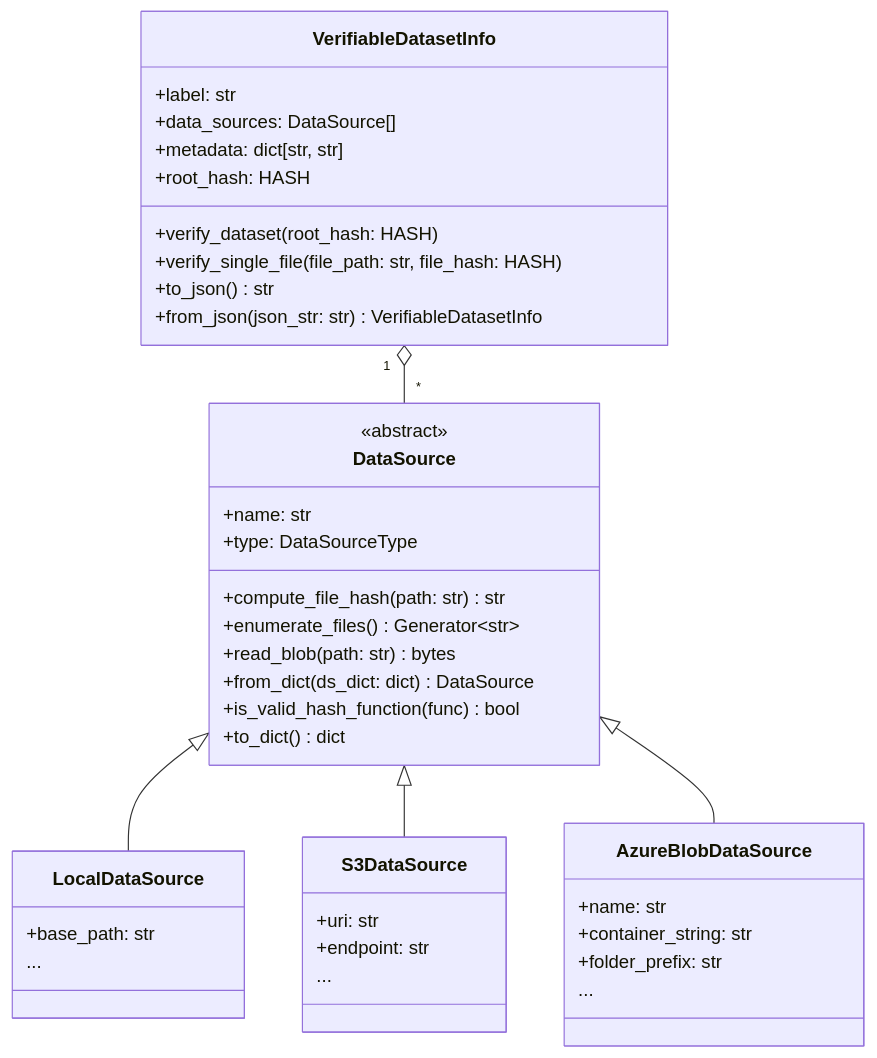
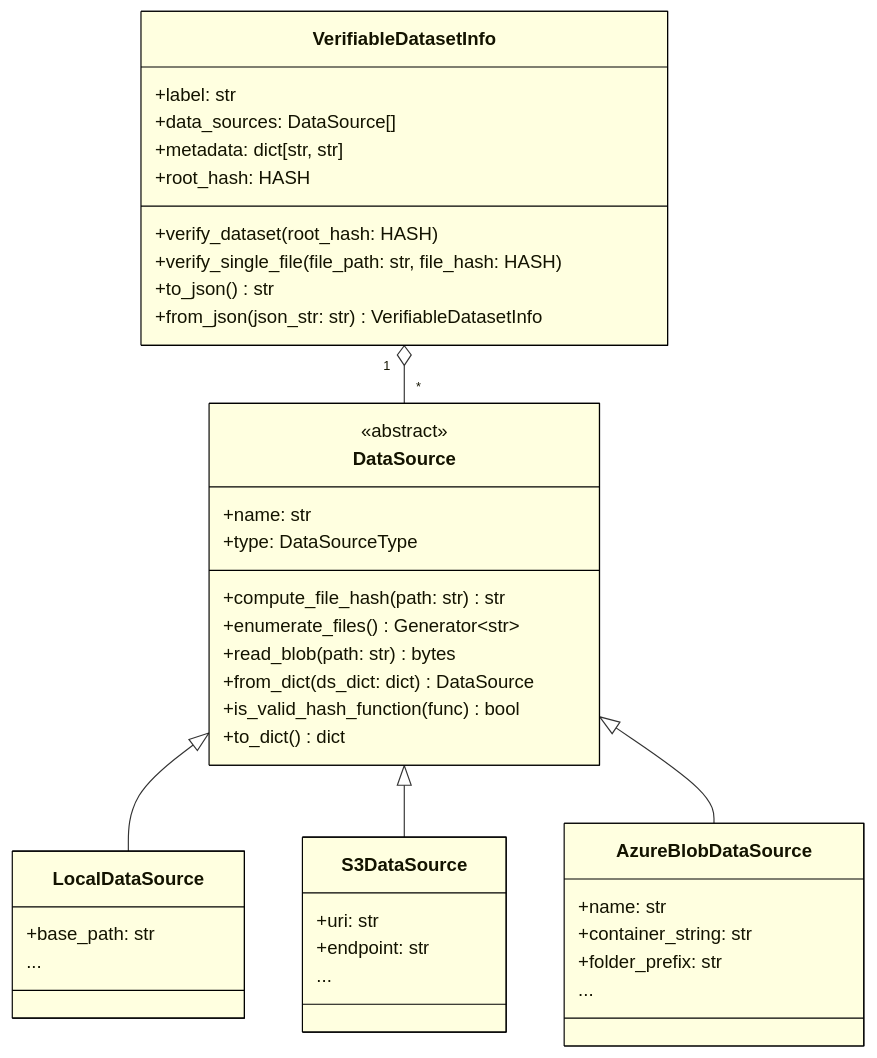
Before and after one commit to securefederatedai/openfl: the diagram in docs/mermaid/verifiable_dataset_info.mmd, drawn with Mermaid. The commit also changed 1 other file, not shown here.

Commit message:
Added styling to the class diagrams

```diff
--- a/docs/mermaid/verifiable_dataset_info.mmd
+++ b/docs/mermaid/verifiable_dataset_info.mmd
@@ -1,50 +1,56 @@
 %% Copyright 2025 Intel Corporation
 %% SPDX-License-Identifier: Apache-2.0
 
 classDiagram
     class VerifiableDatasetInfo {
         +label: str
         +data_sources: DataSource[] 
         +metadata: dict[str, str] 
         +root_hash: HASH 
 
         +verify_dataset(root_hash: HASH)
         +verify_single_file(file_path: str, file_hash: HASH)
         +to_json() str
         +from_json(json_str: str) VerifiableDatasetInfo
     }
 
     class DataSource {
         <<abstract>>
         +name: str 
         +type: DataSourceType 
         +compute_file_hash(path: str) str
         +enumerate_files() Generator~str~
         +read_blob(path: str) bytes
         +from_dict(ds_dict: dict) DataSource
         +is_valid_hash_function(func) bool
         +to_dict() dict
     }
 
     class LocalDataSource {
         +base_path: str
         ...
     }
 
     class S3DataSource {
         +uri: str 
         +endpoint: str
         ...
     }
 
     class AzureBlobDataSource {
         +name: str 
         +container_string: str 
         +folder_prefix: str
         ...
     }
 
     VerifiableDatasetInfo "1" o-- "*" DataSource
     DataSource <|-- LocalDataSource
     DataSource <|-- S3DataSource
     DataSource <|-- AzureBlobDataSource
+
+    style VerifiableDatasetInfo fill:#FFFFE0,stroke:#000,stroke-width:1px
+    style DataSource fill:#FFFFE0,stroke:#000,stroke-width:1px
+    style LocalDataSource fill:#FFFFE0,stroke:#000,stroke-width:1px
+    style S3DataSource fill:#FFFFE0,stroke:#000,stroke-width:1px
+    style AzureBlobDataSource fill:#FFFFE0,stroke:#000,stroke-width:1px
```
